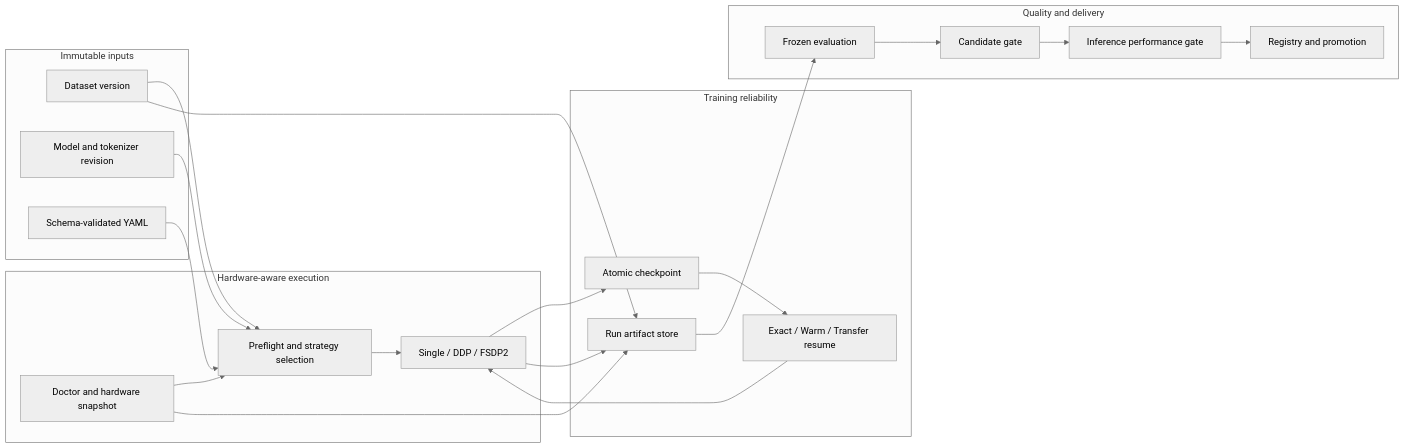
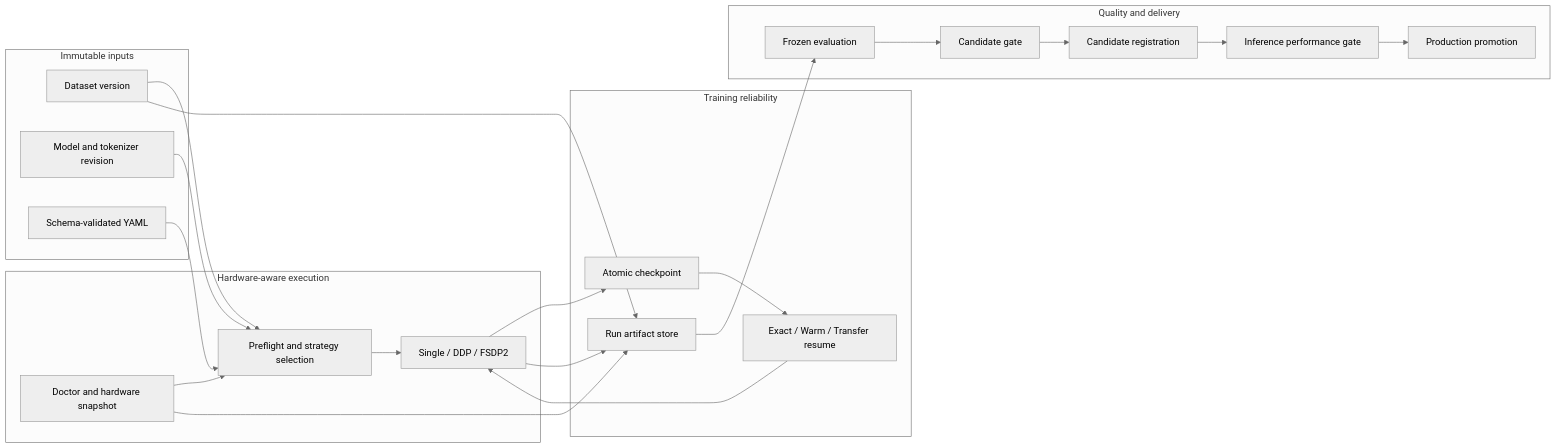
One commit to JayYu686/TinyLLM-System changed the first of 3 diagrams in README.en.md. Above: the diagram before and after it, drawn with Mermaid (neutral theme). The commit also changed other lines of this file and 22 other files, not shown here.

````diff
--- a/README.en.md
+++ b/README.en.md
@@ -36,43 +36,45 @@
 ```mermaid
 flowchart LR
     subgraph Inputs["Immutable inputs"]
         D[Dataset version]
         M[Model and tokenizer revision]
         Y[Schema-validated YAML]
     end
 
     subgraph Planning["Hardware-aware execution"]
         H[Doctor and hardware snapshot]
         P[Preflight and strategy selection]
         T[Single / DDP / FSDP2]
     end
 
     subgraph Reliability["Training reliability"]
         C[Atomic checkpoint]
         R[Exact / Warm / Transfer resume]
         A[Run artifact store]
     end
 
     subgraph Delivery["Quality and delivery"]
         E[Frozen evaluation]
         G[Candidate gate]
+        Q[Candidate registration]
         I[Inference performance gate]
-        V[Registry and promotion]
+        V[Production promotion]
     end
 
     D --> P
     M --> P
     Y --> P
     H --> P
     P --> T
     T --> C
     C --> R
     R --> T
     T --> A
     D --> A
     H --> A
     A --> E
     E --> G
-    G --> I
+    G --> Q
+    Q --> I
     I --> V
 ```
````
